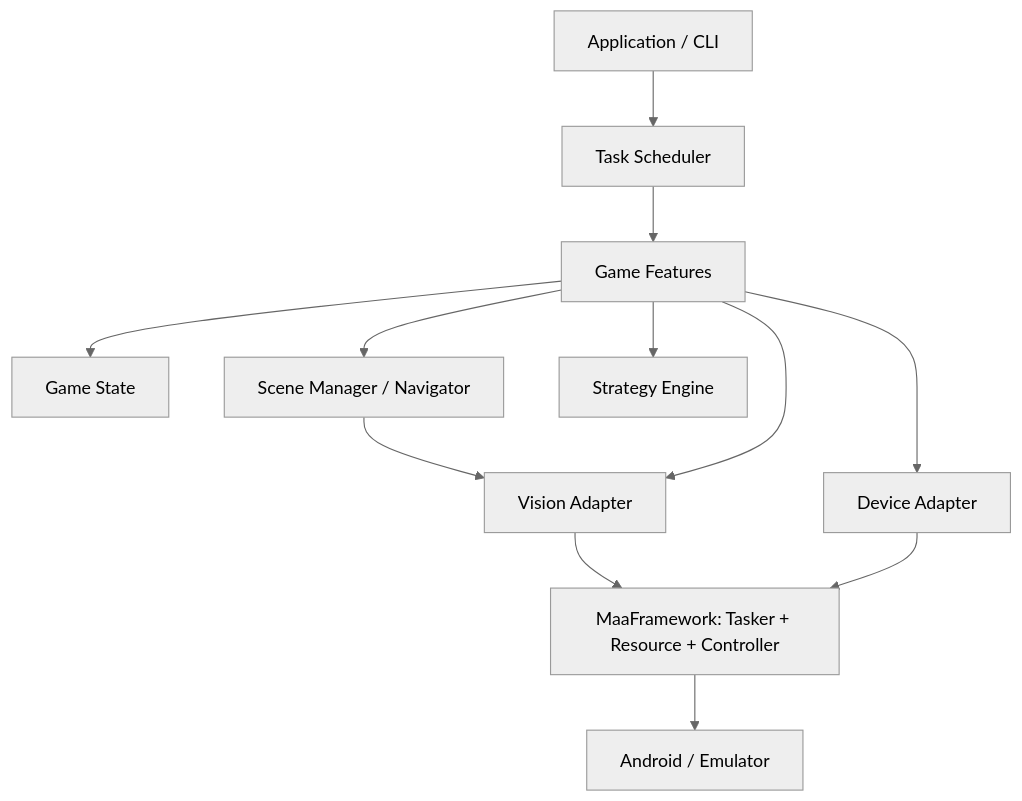
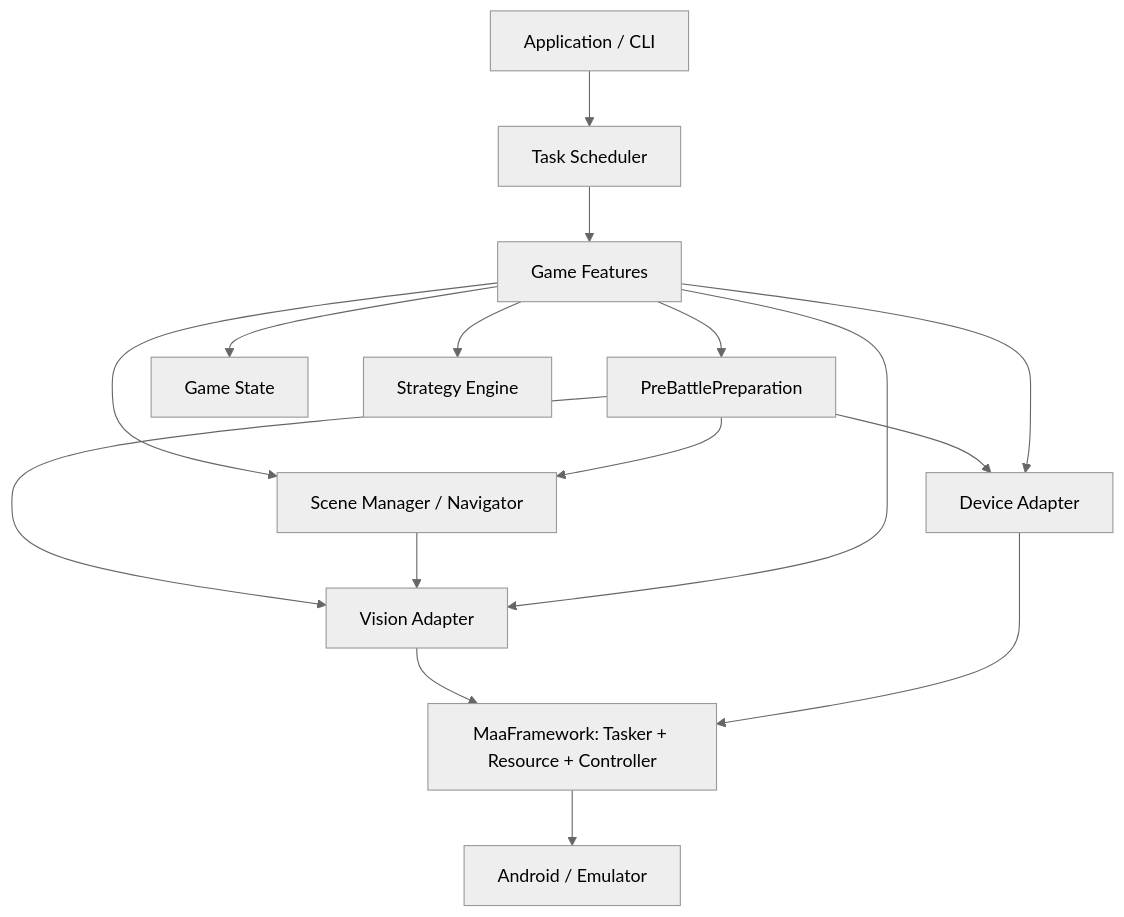
One commit to Hugo7650/HBR-Auto changed the diagram in docs/architecture/overview.md. Above: the diagram before and after it, drawn with Mermaid (neutral theme). The commit also changed other lines of this file, not shown here.

Commit message:
docs: add pre-battle party and skill preparation design

````diff
--- a/docs/architecture/overview.md
+++ b/docs/architecture/overview.md
@@ -24,25 +25,30 @@
 ```mermaid
 flowchart TB
     APP[Application / CLI]
     SCHED[Task Scheduler]
     FEATURES[Game Features]
+    PREP[PreBattlePreparation]
     STATE[Game State]
     SCENE[Scene Manager / Navigator]
     STRATEGY[Strategy Engine]
     VISION[Vision Adapter]
     DEVICE[Device Adapter]
     MAA[MaaFramework: Tasker + Resource + Controller]
     TARGET[Android / Emulator]
 
     APP --> SCHED
     SCHED --> FEATURES
     FEATURES --> STATE
     FEATURES --> SCENE
     FEATURES --> STRATEGY
+    FEATURES --> PREP
+    PREP --> SCENE
+    PREP --> VISION
+    PREP --> DEVICE
     SCENE --> VISION
     FEATURES --> VISION
     FEATURES --> DEVICE
     VISION --> MAA
     DEVICE --> MAA
     MAA --> TARGET
 ```
````
